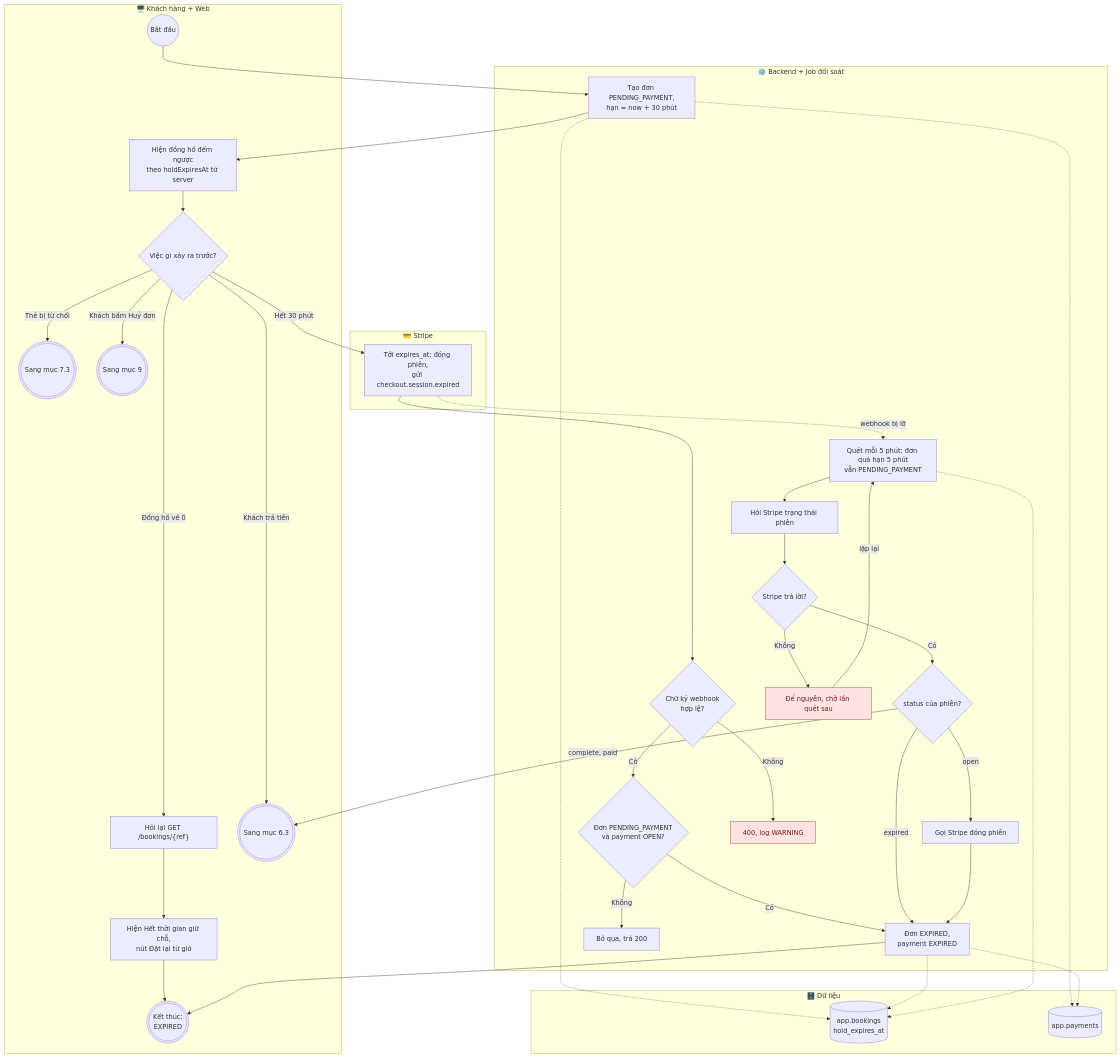
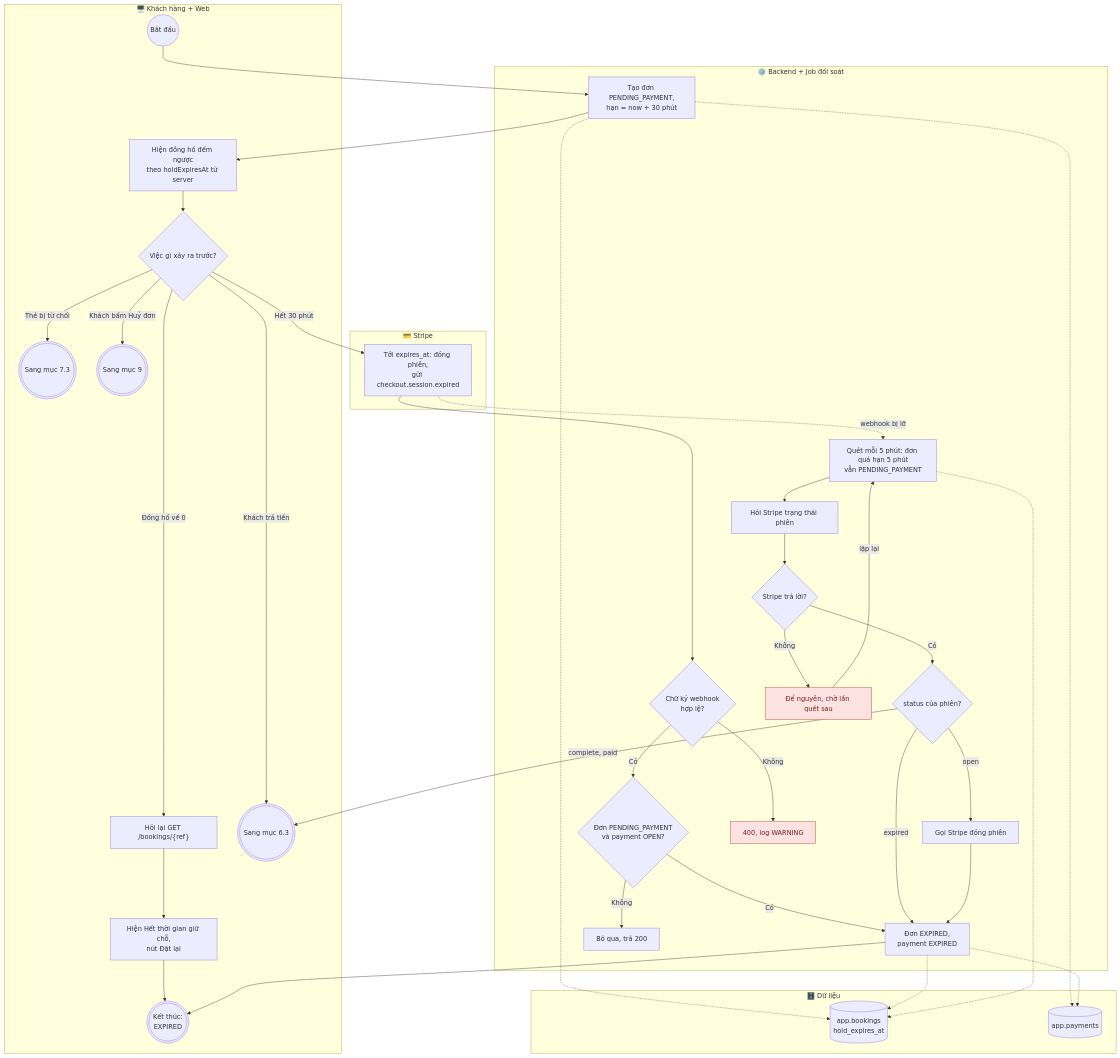
One commit to NguyenNhat4/Travel-Recommend-System changed diagram 16 of 19 in docs/spec/booking/so-do-luong-dat-cho-thanh-toan.md. Above: the diagram before and after it, drawn with Mermaid. The commit also changed other lines of this file and 129 other files, not shown here.

````diff
--- a/docs/spec/booking/so-do-luong-dat-cho-thanh-toan.md
+++ b/docs/spec/booking/so-do-luong-dat-cho-thanh-toan.md
@@ -767,66 +770,66 @@
 ```mermaid
 flowchart TB
     subgraph LW["🖥️ Khách hàng + Web"]
         S(("Bắt đầu"))
         W1["Hiện đồng hồ đếm ngược<br/>theo holdExpiresAt từ server"]
         W2{"Việc gì xảy ra trước?"}
         W3["Hỏi lại GET /bookings/{ref}"]
-        W4["Hiện Hết thời gian giữ chỗ,<br/>nút Đặt lại từ giỏ"]
+        W4["Hiện Hết thời gian giữ chỗ,<br/>nút Đặt lại"]
         EPAY((("Sang mục 6.3")))
         EFAIL((("Sang mục 7.3")))
         ECAN((("Sang mục 9")))
         EEXP((("Kết thúc:<br/>EXPIRED")))
     end
 
     subgraph LF["⚙️ Backend + Job đối soát"]
         F0["Tạo đơn PENDING_PAYMENT,<br/>hạn = now + 30 phút"]
         F1{"Chữ ký webhook<br/>hợp lệ?"}
         F2{"Đơn PENDING_PAYMENT<br/>và payment OPEN?"}
         F3["Đơn EXPIRED,<br/>payment EXPIRED"]
         F4["Bỏ qua, trả 200"]
         J1["Quét mỗi 5 phút: đơn quá hạn 5 phút<br/>vẫn PENDING_PAYMENT"]
         J2["Hỏi Stripe trạng thái phiên"]
         J3{"Stripe trả lời?"}
         J4{"status của phiên?"}
         J5["Gọi Stripe đóng phiên"]
         FX1["400, log WARNING"]:::err
         JX1["Để nguyên, chờ lần quét sau"]:::err
     end
 
     subgraph LS["💳 Stripe"]
         S1["Tới expires_at: đóng phiên,<br/>gửi checkout.session.expired"]
     end
 
     subgraph LD["🗄️ Dữ liệu"]
         D1[("app.bookings<br/>hold_expires_at")]
         D2[("app.payments")]
     end
 
     S --> F0 --> W1 --> W2
     W2 -- "Khách trả tiền" --> EPAY
     W2 -- "Thẻ bị từ chối" --> EFAIL
     W2 -- "Khách bấm Huỷ đơn" --> ECAN
     W2 -- "Hết 30 phút" --> S1
     W2 -- "Đồng hồ về 0" --> W3 --> W4 --> EEXP
     S1 --> F1
     F1 -- "Không" --> FX1
     F1 -- "Có" --> F2
     F2 -- "Có" --> F3 --> EEXP
     F2 -- "Không" --> F4
     S1 -. "webhook bị lỡ" .-> J1
     J1 --> J2 --> J3
     J3 -- "Không" --> JX1
     JX1 -- "lặp lại" --> J1
     J3 -- "Có" --> J4
     J4 -- "expired" --> F3
     J4 -- "complete, paid" --> EPAY
     J4 -- "open" --> J5 --> F3
 
     F0 -.-> D1
     F0 -.-> D2
     F3 -.-> D1
     F3 -.-> D2
     J1 -.-> D1
 
     classDef err fill:#fde2e2,stroke:#c0392b,color:#7b1d1d
 ```
````
